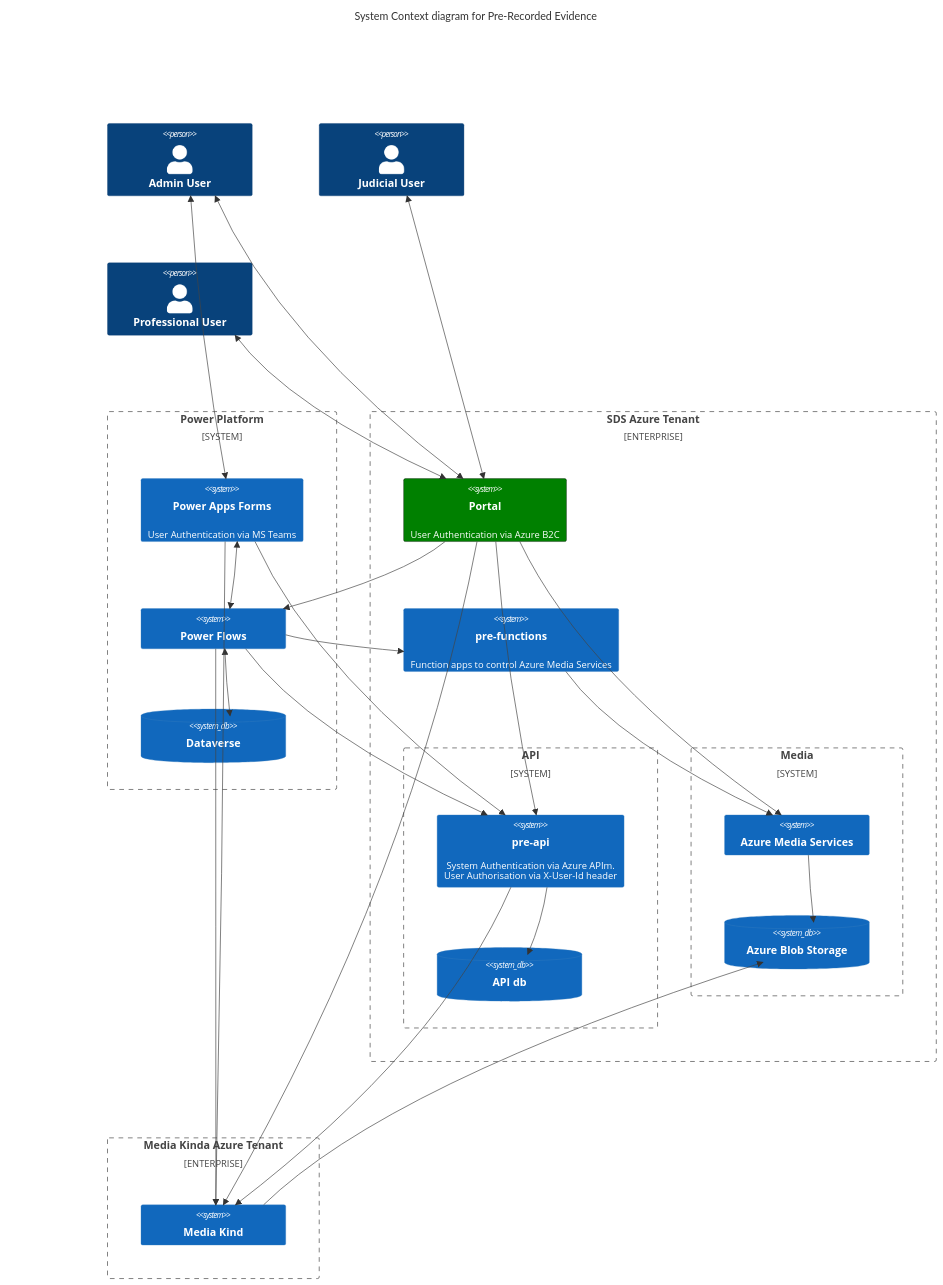
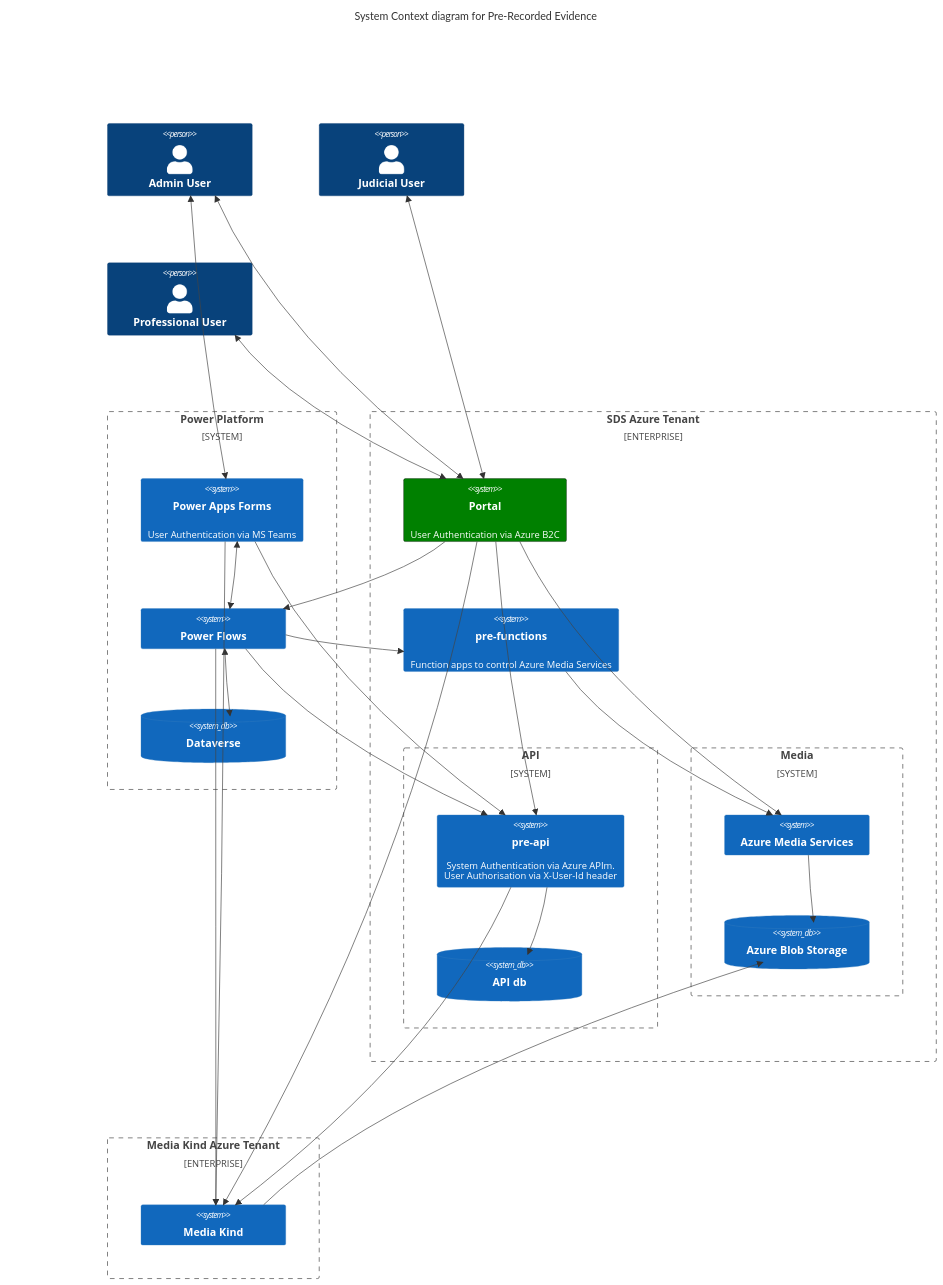
The diagram in README.md (hmcts/pre-portal2), drawn with Mermaid before and after one commit.

````diff
--- a/README.md
+++ b/README.md
@@ -15,61 +15,61 @@
 ```mermaid
     C4Context
       title System Context diagram for Pre-Recorded Evidence
 
       Person(adminUser, "Admin User", "")
       Person(judicialUser, "Judicial User", "")
       Person(professionalUser, "Professional User", "")
 
 
       System_Boundary(PowerPlatform, "Power Platform") {
         System(PowerApps, "Power Apps Forms", "User Authentication via MS Teams")
         System(PowerFlows, "Power Flows", "")
         SystemDb(Dataverse, "Dataverse", "")
       }
 
       Enterprise_Boundary(a0, "SDS Azure Tenant",) {
         System(Portal, "Portal", "User Authentication via Azure B2C")
 
         System(function, "pre-functions", "Function apps to control Azure Media Services")
 
         System_Boundary(api, "API") {
             System(api, "pre-api", "System Authentication via Azure APIm.<br/>User Authorisation via X-User-Id header")
             SystemDb(db, "API db")
         }
 
         System_Boundary(media, "Media") {
             System(ams, "Azure Media Services")
             SystemDb(blob, "Azure Blob Storage")
         }
 
       }
 
-      Enterprise_Boundary(a1, "Media Kinda Azure Tenant",) {
+      Enterprise_Boundary(a1, "Media Kind Azure Tenant",) {
         System(mk, "Media Kind")
       }
 
       BiRel(judicialUser, Portal, "")
       BiRel(adminUser, Portal, "")
       BiRel(adminUser, PowerApps, "")
       BiRel(professionalUser, Portal, "")
       BiRel(PowerApps, PowerFlows, "")
       Rel(Portal, PowerFlows, "")
       Rel(Portal, ams, "")
       Rel(Portal, api, "")
       BiRel(PowerFlows, Dataverse, "")
       Rel(PowerApps, api, "")
       Rel(PowerFlows, api, "")
       Rel(PowerFlows, function, "")
       Rel(api, db, "")
       Rel(ams, blob, "")
       Rel(function, ams, "")
 
       Rel(Portal, mk, "")
       Rel(PowerApps, mk, "")
       Rel(PowerFlows, mk, "")
       Rel(api, mk, "")
       Rel(mk, blob, "")
       UpdateElementStyle(Portal,  $bgColor="green", $borderColor="black")
       UpdateElementStyle(PowerPlatform)
       UpdateLayoutConfig($c4ShapeInRow="3", $c4BoundaryInRow="1")
 ```
````
